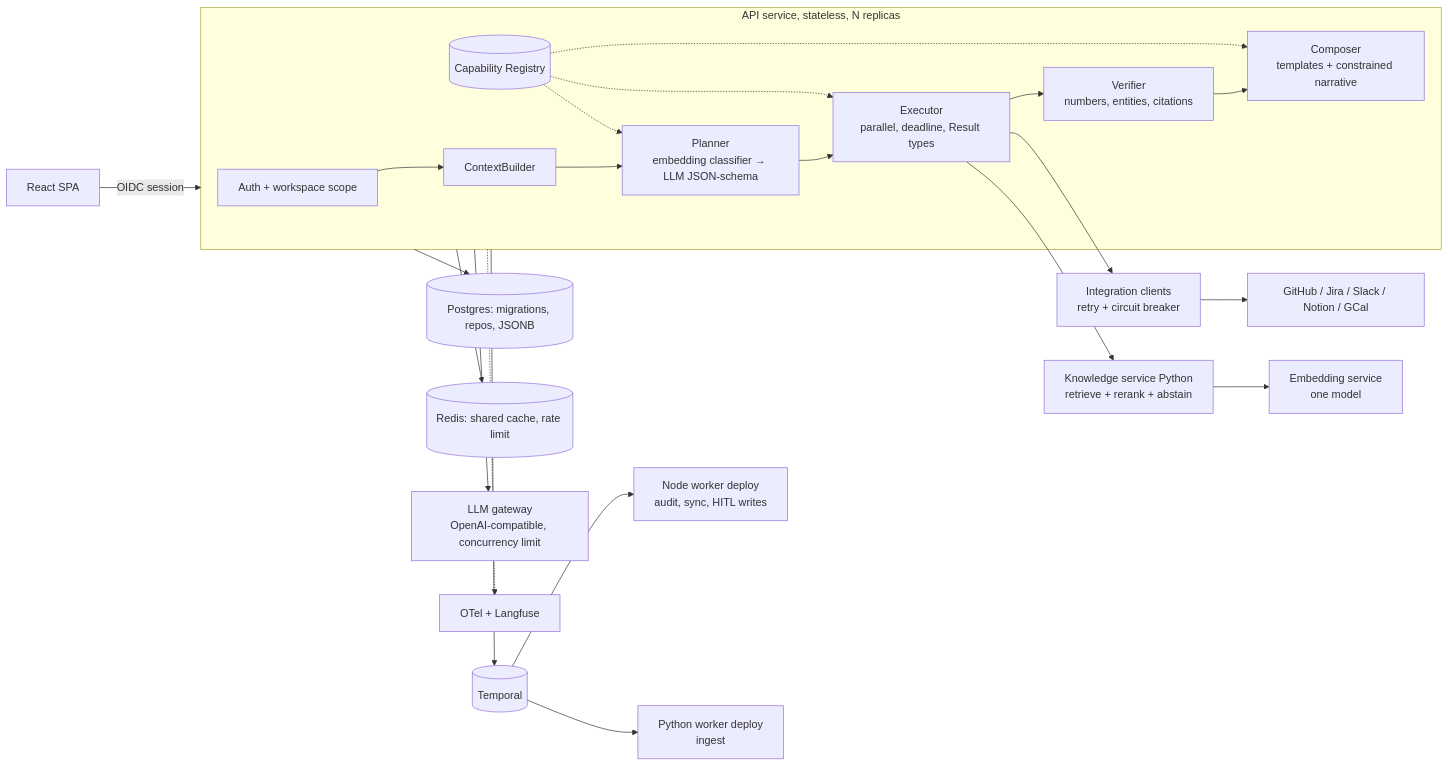
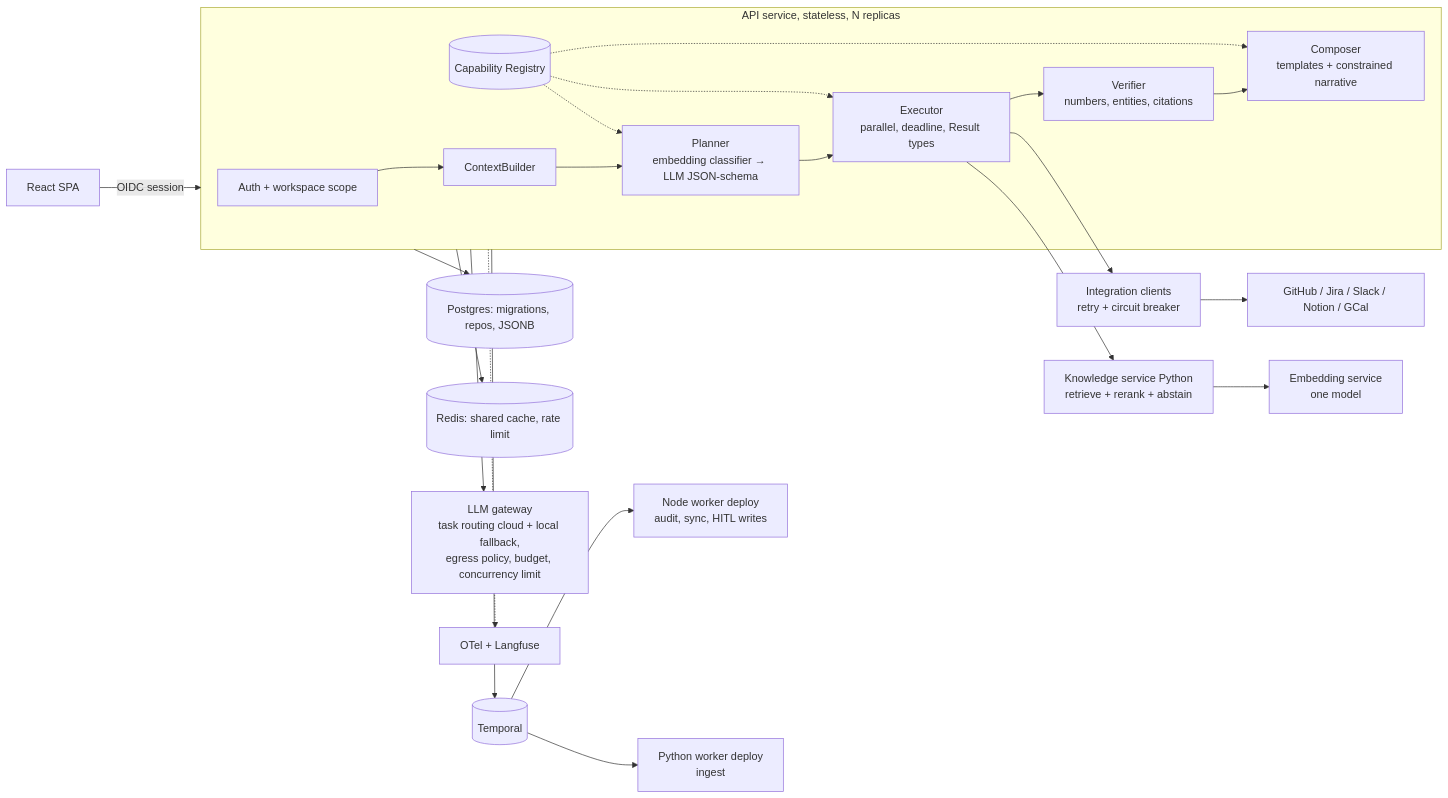
The diagram in docs/PRODUCT_ENGINEERING_REVIEW.md (logsv/em-taskflow-ai), drawn with Mermaid before and after one commit. The commit also changed other lines of this file, not shown here.

First line of the commit message:
docs: apply single-user, cloud-LLM, hybrid-answer decisions to review

````diff
--- a/docs/PRODUCT_ENGINEERING_REVIEW.md
+++ b/docs/PRODUCT_ENGINEERING_REVIEW.md
@@ -333,25 +345,25 @@
 ```mermaid
 flowchart LR
   UI[React SPA] -->|OIDC session| API
   subgraph API[API service, stateless, N replicas]
     AUTH[Auth + workspace scope] --> CTX[ContextBuilder]
     CTX --> PLAN[Planner<br/>embedding classifier → LLM JSON-schema]
     PLAN --> EXE[Executor<br/>parallel, deadline, Result types]
     EXE --> VER[Verifier<br/>numbers, entities, citations]
     VER --> COMP[Composer<br/>templates + constrained narrative]
     REG[(Capability Registry)] -.-> PLAN
     REG -.-> EXE
     REG -.-> COMP
   end
   EXE --> INT[Integration clients<br/>retry + circuit breaker]
   EXE --> KS[Knowledge service Python<br/>retrieve + rerank + abstain]
   INT --> SaaS[GitHub / Jira / Slack / Notion / GCal]
   API --> PG[(Postgres: migrations, repos, JSONB)]
   API --> RD[(Redis: shared cache, rate limit)]
   API --> T[(Temporal)]
   T --> WN[Node worker deploy<br/>audit, sync, HITL writes]
   T --> WP[Python worker deploy<br/>ingest]
-  API --> LLM[LLM gateway<br/>OpenAI-compatible, concurrency limit]
+  API --> LLM[LLM gateway<br/>task routing cloud + local fallback,<br/>egress policy, budget, concurrency limit]
   KS --> EMB[Embedding service<br/>one model]
   API -.-> OTEL[OTel + Langfuse]
 ```
````
